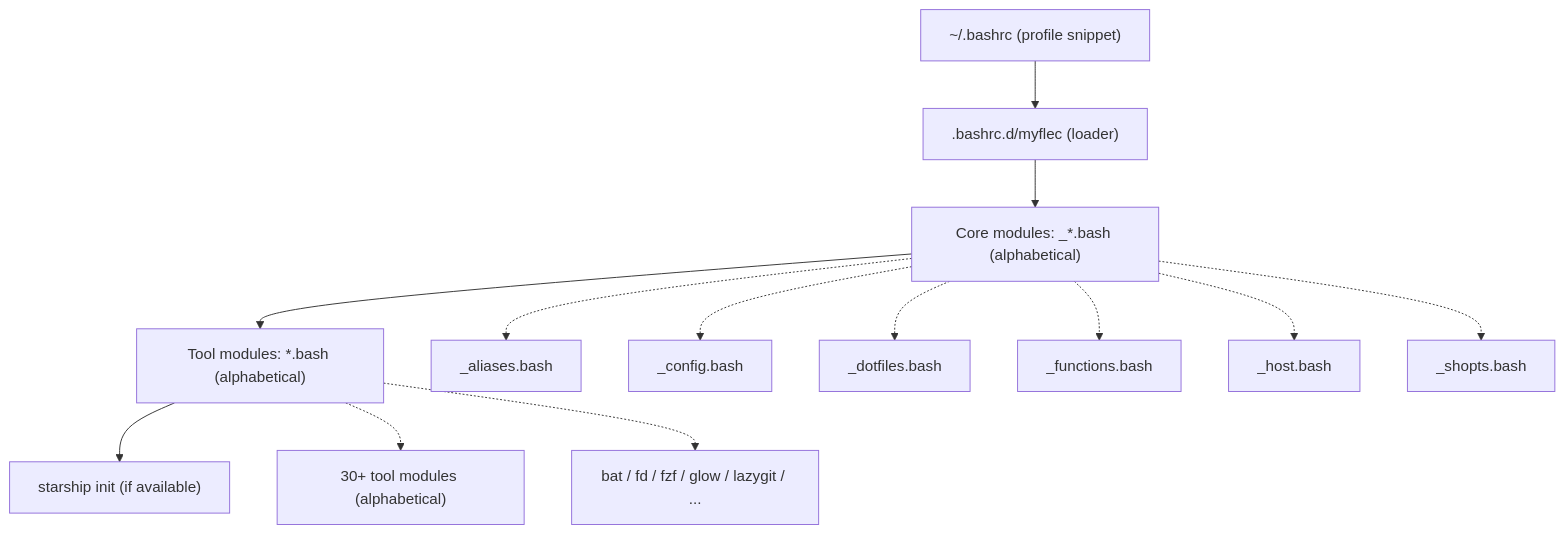
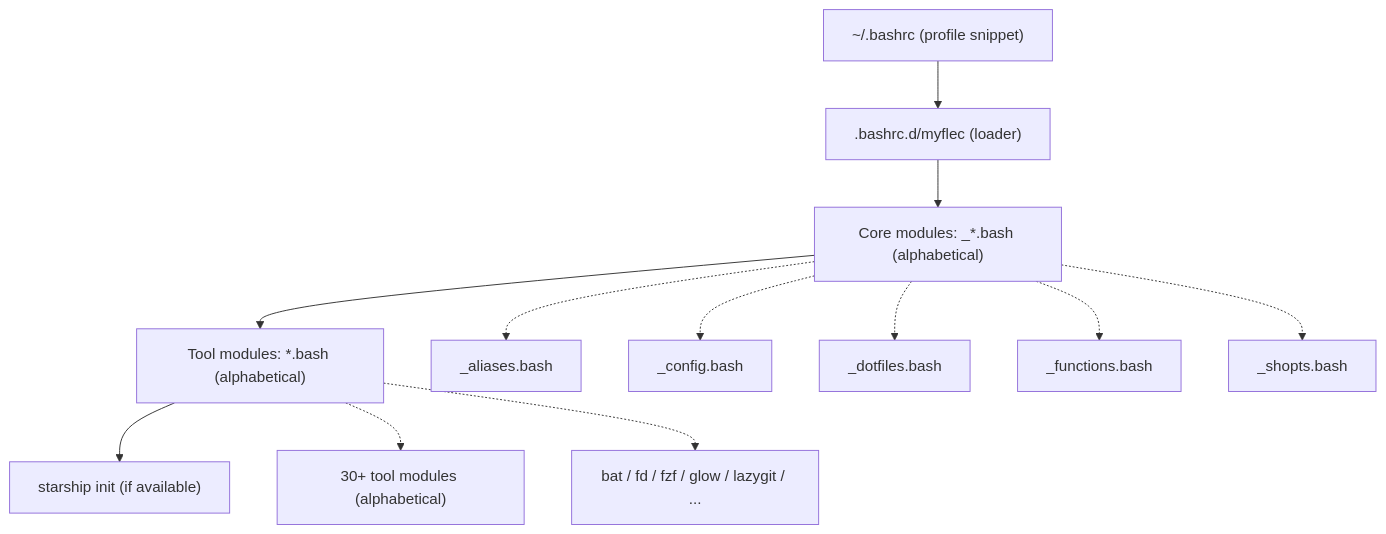
One commit to log0u7/myflec changed the first of 4 diagrams in README.md. Above: the diagram before and after it, drawn with Mermaid. The commit also changed other lines of this file and 4 other files, not shown here.

````diff
--- a/README.md
+++ b/README.md
@@ -408,17 +387,16 @@
 ```mermaid
 flowchart TD
     P["~/.bashrc (profile snippet)"] --> L[".bashrc.d/myflec (loader)"]
     L --> C["Core modules: _*.bash (alphabetical)"]
     C --> T["Tool modules: *.bash (alphabetical)"]
     T --> S["starship init (if available)"]
 
     C -.-> C1["_aliases.bash"]
     C -.-> C2["_config.bash"]
     C -.-> C3["_dotfiles.bash"]
     C -.-> C4["_functions.bash"]
-    C -.-> C5["_host.bash"]
-    C -.-> C6["_shopts.bash"]
+    C -.-> C5["_shopts.bash"]
 
     T -.-> T1["30+ tool modules (alphabetical)"]
     T -.-> T2["bat / fd / fzf / glow / lazygit / ..."]
 ```
````
